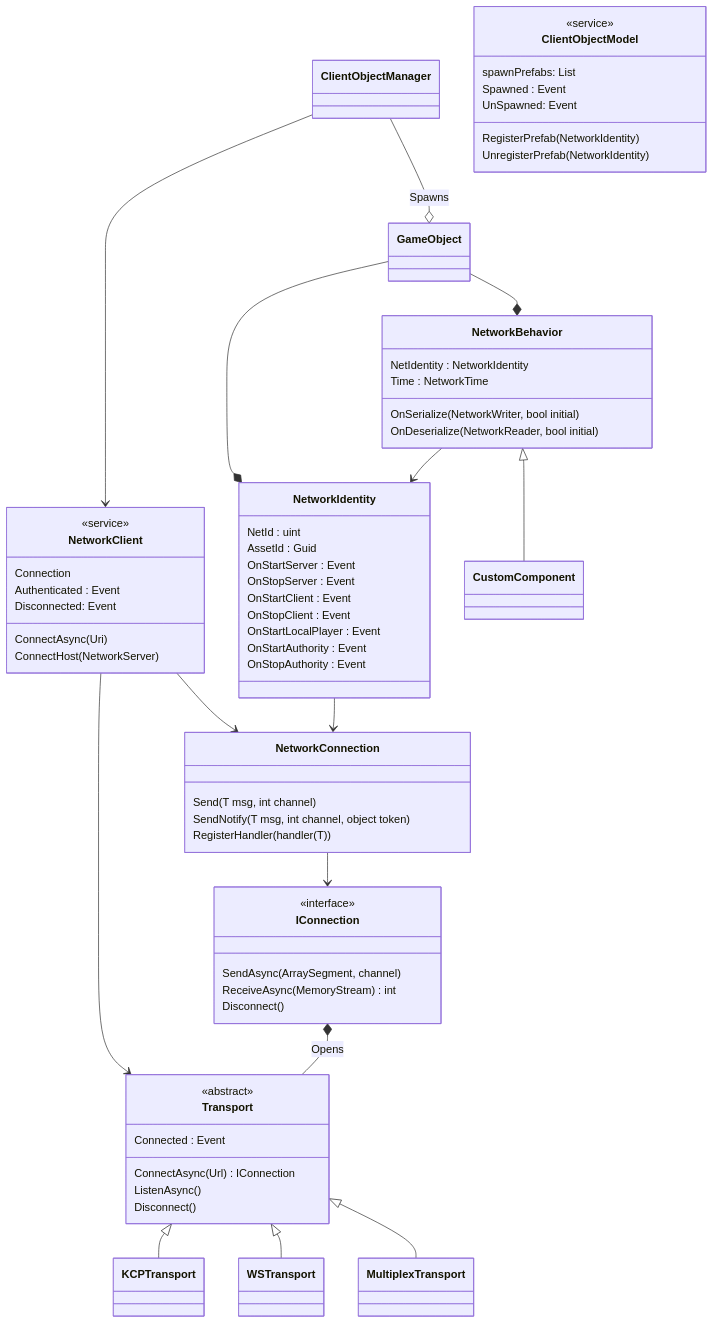
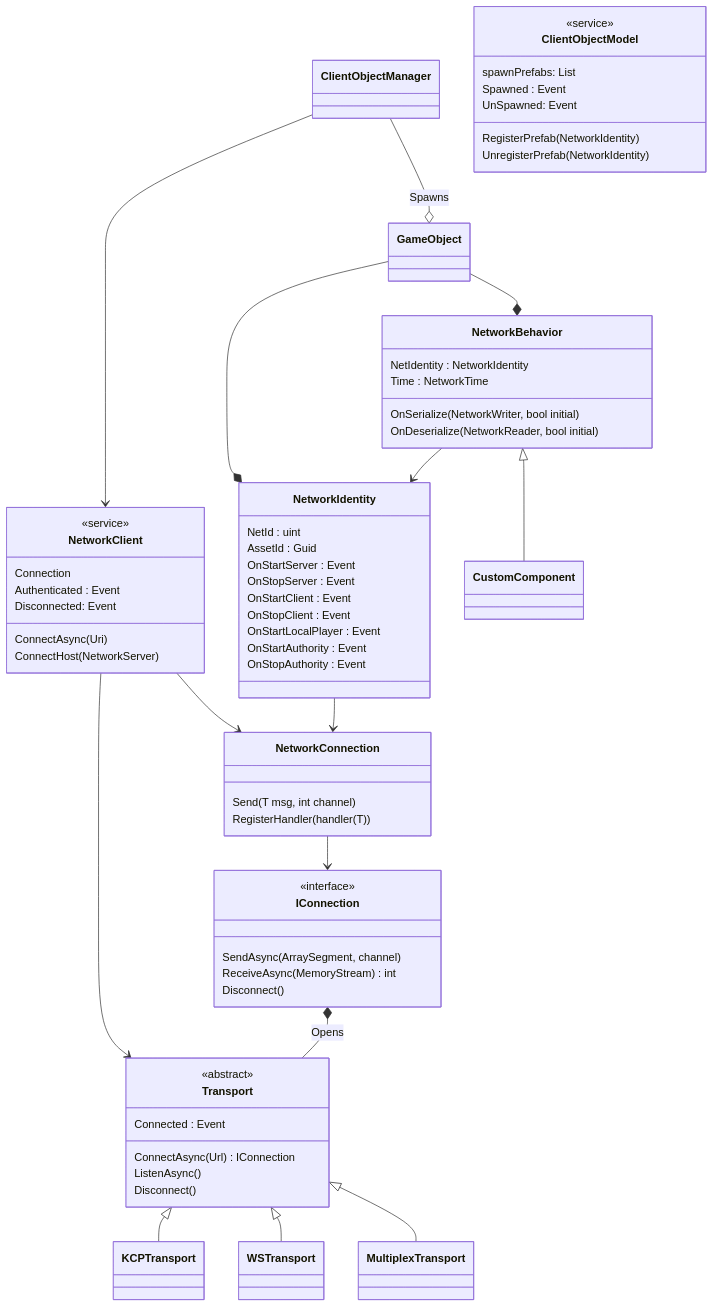
The diagram in doc/classdiagram.mermaid (MirageNet/Mirage), drawn with Mermaid before and after one commit. The commit also changed 2 other files, not shown here.

Commit message:
fix: removing other uses of old Notify

```diff
--- a/doc/classdiagram.mermaid
+++ b/doc/classdiagram.mermaid
@@ -1,80 +1,79 @@
 classDiagram
 
     ClientObjectManager --> NetworkClient
     NetworkClient --> Transport
 
     IConnection *-- Transport : Opens
     NetworkConnection --> IConnection
     NetworkClient --> NetworkConnection
 
     ClientObjectManager --o GameObject : Spawns
     GameObject --* NetworkIdentity
     NetworkIdentity --> NetworkConnection
     GameObject --* NetworkBehavior
     NetworkBehavior --> NetworkIdentity
 
     Transport <|-- KCPTransport
     Transport <|-- WSTransport
     Transport <|-- MultiplexTransport
 
 
     class Transport {
         <<abstract>>
         <<service>>
         Connected : Event<IConnection>
         ConnectAsync(Url) IConnection
         ListenAsync()
         Disconnect()
     }
 
     class IConnection {
         <<interface>>
         SendAsync(ArraySegment<byte>, channel)
         ReceiveAsync(MemoryStream) int
         Disconnect()
     }
 
     class NetworkConnection {
         Send(T msg, int channel)
-        SendNotify(T msg, int channel, object token)
         RegisterHandler(handler(T))
     }
 
     class NetworkClient {
         <<service>>
         Connection
         Authenticated : Event<INetworkConnection>
         Disconnected: Event<INetworkConnection>
         ConnectAsync(Uri)
         ConnectHost(NetworkServer)
     }
 
     class NetworkIdentity {
         NetId : uint
         AssetId : Guid
         OnStartServer : Event
         OnStopServer : Event
         OnStartClient : Event
         OnStopClient : Event
         OnStartLocalPlayer : Event
         OnStartAuthority : Event
         OnStopAuthority : Event
     }
 
     class NetworkBehavior {
         NetIdentity : NetworkIdentity
         Time : NetworkTime
         OnSerialize(NetworkWriter, bool initial)
         OnDeserialize(NetworkReader, bool initial)
     }
 
     NetworkBehavior <|-- CustomComponent
 
     class ClientObjectModel {
         <<service>>
         spawnPrefabs: List<NetworkIdentity>
         Spawned : Event
         UnSpawned: Event
         RegisterPrefab(NetworkIdentity)
         UnregisterPrefab(NetworkIdentity)
     }
```
